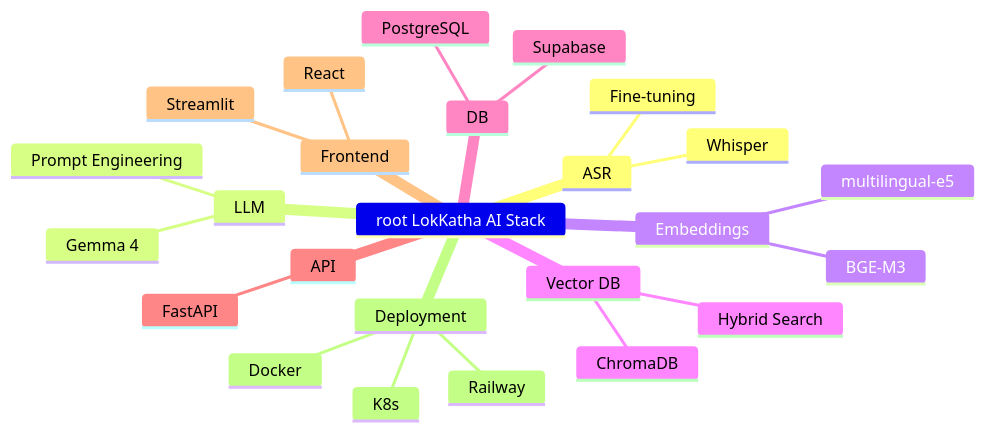
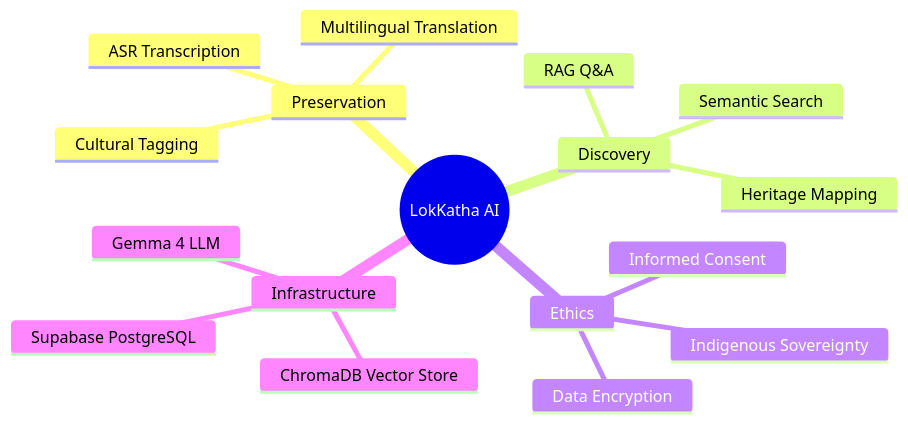
One commit to Subhadip-Paul2006/LokKatha-AI changed the diagram in docs/THEORY.md. Above: the diagram before and after it, drawn with Mermaid. The commit also changed other lines of this file and 5 other files, not shown here.

````diff
--- a/docs/THEORY.md
+++ b/docs/THEORY.md
@@ -183,28 +47,20 @@
 ```mermaid
 mindmap
-    root LokKatha AI Stack
-        ASR
-            Whisper
-            Fine‑tuning
-        LLM
-            Gemma 4
-            Prompt Engineering
-        Embeddings
-            multilingual‑e5
-            BGE‑M3
-        Vector DB
-            ChromaDB
-            Hybrid Search
-        DB
-            PostgreSQL
-            Supabase
-        API
-            FastAPI
-        Frontend
-            React
-            Streamlit
-        Deployment
-            Docker
-            K8s
-            Railway
+  root((LokKatha AI))
+    Preservation
+      ASR Transcription
+      Multilingual Translation
+      Cultural Tagging
+    Discovery
+      Semantic Search
+      RAG Q&A
+      Heritage Mapping
+    Ethics
+      Informed Consent
+      Indigenous Sovereignty
+      Data Encryption
+    Infrastructure
+      Supabase PostgreSQL
+      ChromaDB Vector Store
+      Gemma 4 LLM
 ```
````
